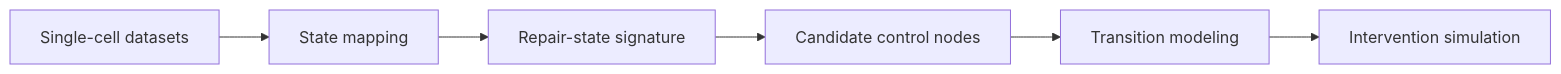
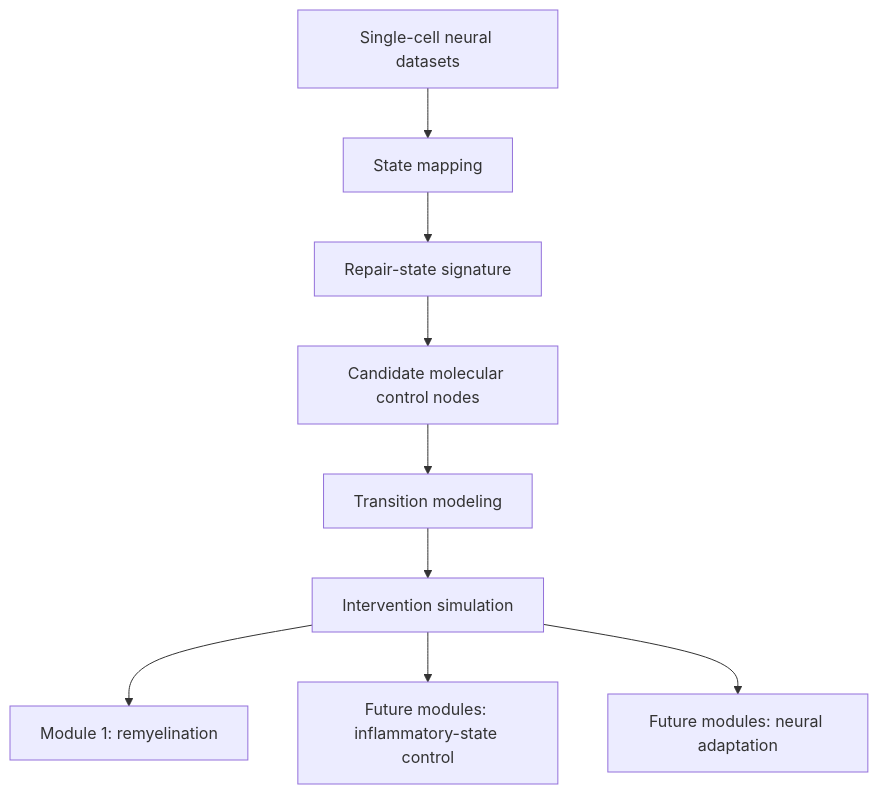
One commit to salcedoisabella/programmable-neurorepair changed the diagram in README.md. Above: the diagram before and after it, drawn with Mermaid.

````diff
--- a/README.md
+++ b/README.md
@@ -11,8 +11,12 @@
 ```mermaid
-flowchart LR
-    A[Single-cell datasets] --> B[State mapping]
+flowchart TD
+    A[Single-cell neural datasets] --> B[State mapping]
     B --> C[Repair-state signature]
-    C --> D[Candidate control nodes]
+    C --> D[Candidate molecular control nodes]
     D --> E[Transition modeling]
     E --> F[Intervention simulation]
+
+    F --> G[Module 1: remyelination]
+    F --> H[Future modules: inflammatory-state control]
+    F --> I[Future modules: neural adaptation]
 ```
````
